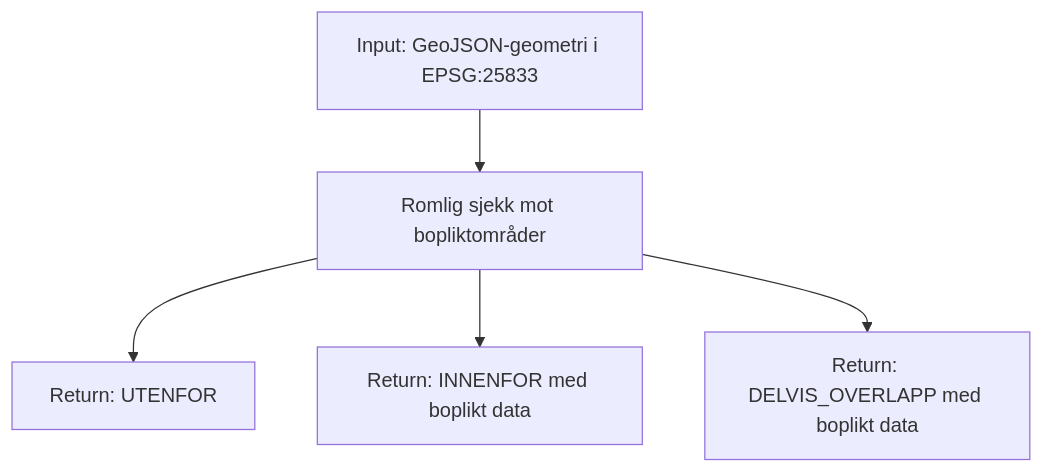
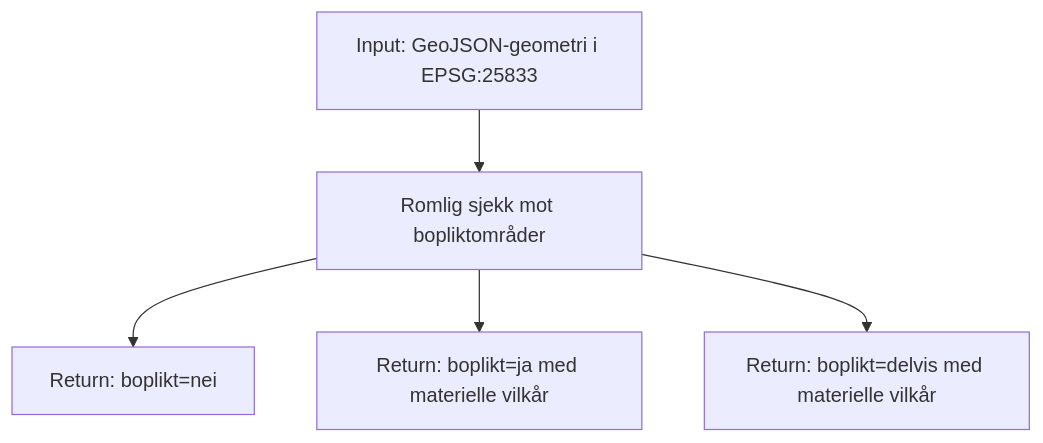
One commit to kartverket/smia-ogc-api changed the first of 2 diagrams in docs/bopliktsjekken.md. Above: the diagram before and after it, drawn with Mermaid. The commit also changed other lines of this file and 5 other files, not shown here.

````diff
--- a/docs/bopliktsjekken.md
+++ b/docs/bopliktsjekken.md
@@ -6,7 +6,7 @@
 ```mermaid
 flowchart TD
     A[Input: GeoJSON-geometri i EPSG:25833] --> B[Romlig sjekk mot bopliktområder]
-    B --> C[Return: UTENFOR]
-    B --> D[Return: INNENFOR med boplikt data]
-    B --> E[Return: DELVIS_OVERLAPP med boplikt data]
+    B --> C[Return: boplikt=nei]
+    B --> D[Return: boplikt=ja med materielle vilkår]
+    B --> E[Return: boplikt=delvis med materielle vilkår]
 ```
````
